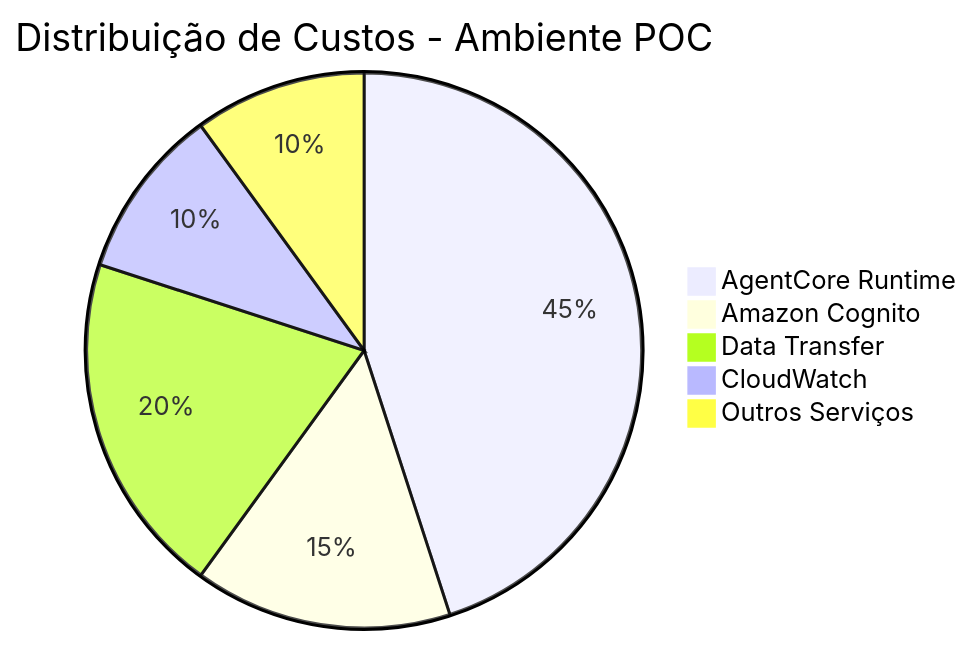
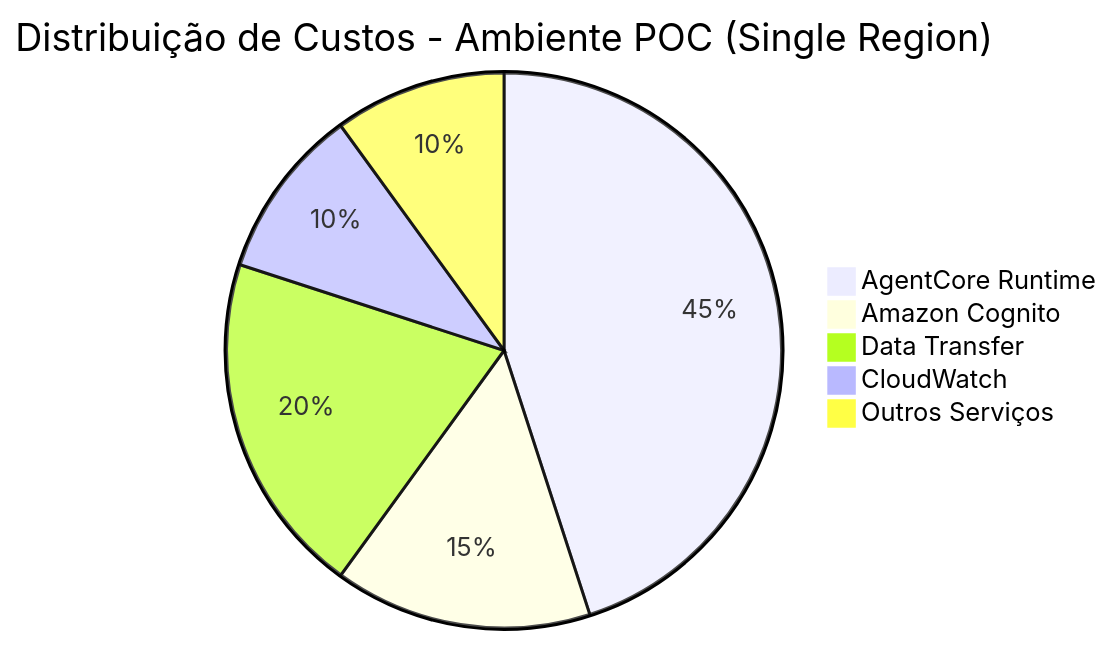
Diagram 19 of 22 in README.md (thiagodavala/ai-foundation-arch), drawn with Mermaid before and after one commit. The commit also changed other lines of this file, not shown here.

````diff
--- a/README.md
+++ b/README.md
@@ -1141,8 +1553,8 @@
 ```mermaid
-pie title Distribuição de Custos - Ambiente POC
+pie title Distribuição de Custos - Ambiente POC (Single Region)
     "AgentCore Runtime" : 45
     "Amazon Cognito" : 15
     "Data Transfer" : 20
     "CloudWatch" : 10
     "Outros Serviços" : 10
 ```
````
